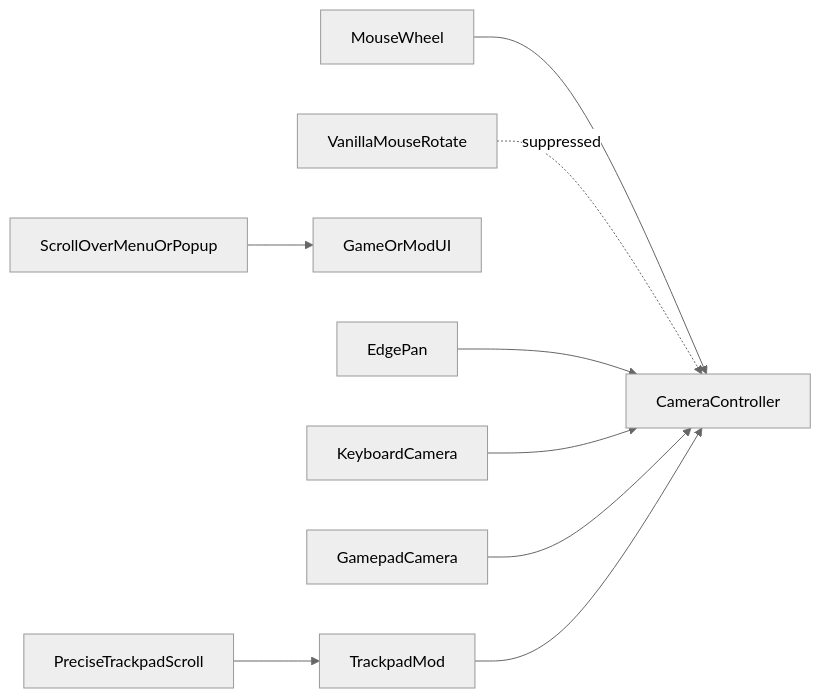
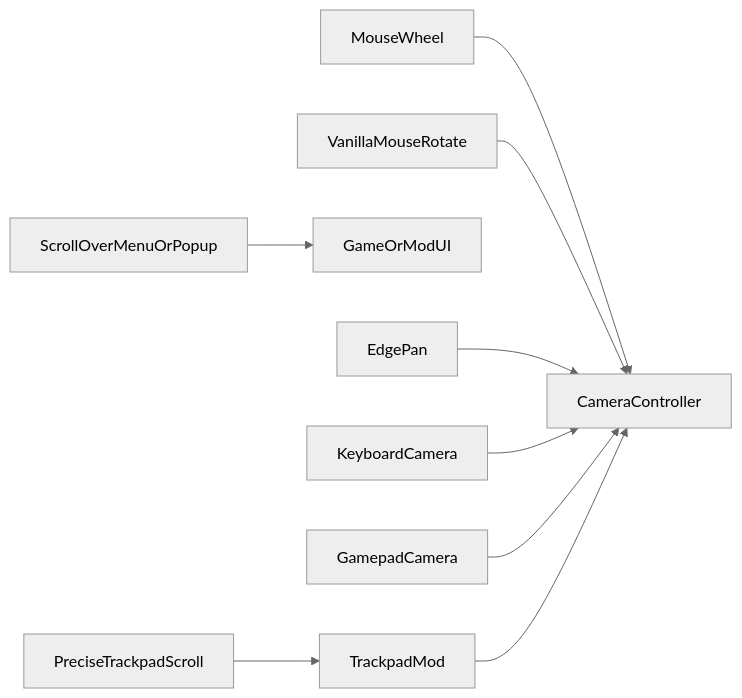
One commit to betsalel-williamson/CSL-TrackpadCameraControl changed the diagram in docs/features/vanilla-camera-suppress.md. Above: the diagram before and after it, drawn with Mermaid (neutral theme). The commit also changed other lines of this file and 9 other files, not shown here.

````diff
--- a/docs/features/vanilla-camera-suppress.md
+++ b/docs/features/vanilla-camera-suppress.md
@@ -34,11 +34,11 @@
 ```mermaid
 flowchart LR
   trackpad[PreciseTrackpadScroll] --> mod[TrackpadMod]
   wheel[MouseWheel] --> cam[CameraController]
   scrollUi[ScrollOverMenuOrPopup] --> ui[GameOrModUI]
-  mouseRot[VanillaMouseRotate] -.->|suppressed| cam
+  mouseRot[VanillaMouseRotate] --> cam
   edge[EdgePan] --> cam
   keys[KeyboardCamera] --> cam
   gamepad[GamepadCamera] --> cam
   mod --> cam
 ```
````
